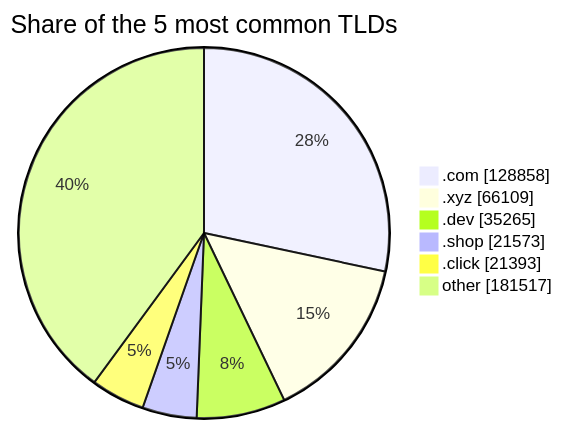
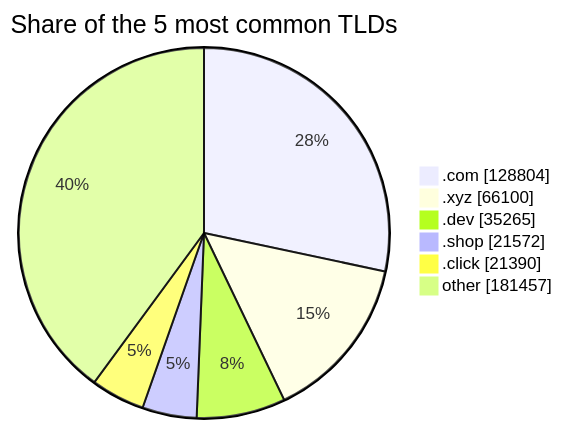
The third of 3 diagrams in README.md (DNSBunker/CTI), drawn with Mermaid before and after one commit. The commit also changed other lines of this file and 3 other files, not shown here.

````diff
--- a/README.md
+++ b/README.md
@@ -81,9 +81,9 @@
 ```mermaid
 pie showData title Share of the 5 most common TLDs
-    ".com" : 128858
-    ".xyz" : 66109
+    ".com" : 128804
+    ".xyz" : 66100
     ".dev" : 35265
-    ".shop" : 21573
-    ".click" : 21393
-    "other" : 181517
+    ".shop" : 21572
+    ".click" : 21390
+    "other" : 181457
 ```
````
